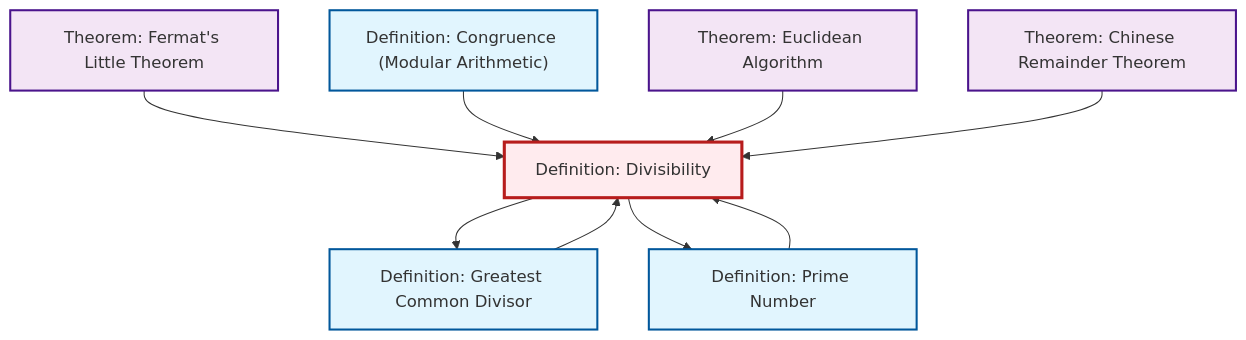
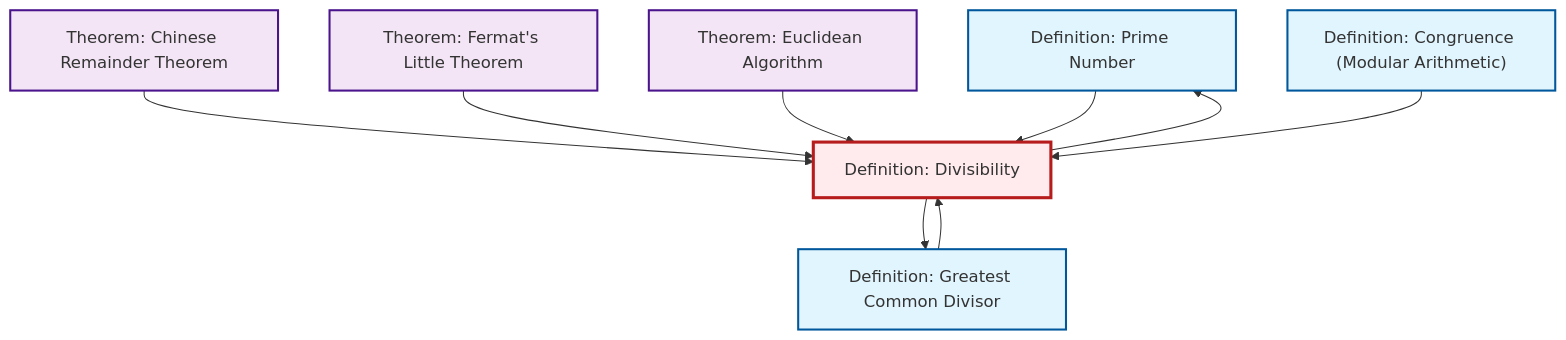
Before and after one commit to RK0429/ModernMath: the diagram in content/en/number-theory/def-divisibility.qmd, drawn with Mermaid. The commit also changed other lines of this file and 554 other files, not shown here.

````diff
--- a/content/en/number-theory/def-divisibility.qmd
+++ b/content/en/number-theory/def-divisibility.qmd
@@ -78,31 +78,31 @@
 ```{mermaid}
 %%| fig-cap: "Local dependency graph"
 graph TD
     classDef definition fill:#e1f5fe,stroke:#01579b,stroke-width:2px
     classDef theorem fill:#f3e5f5,stroke:#4a148c,stroke-width:2px
     classDef axiom fill:#fff3e0,stroke:#e65100,stroke-width:2px
     classDef example fill:#e8f5e9,stroke:#1b5e20,stroke-width:2px
     classDef current fill:#ffebee,stroke:#b71c1c,stroke-width:3px
+    def-prime["Definition: Prime Number"]:::definition
     thm-chinese-remainder["Theorem: Chinese Remainder Theorem"]:::theorem
     def-divisibility["Definition: Divisibility"]:::definition
     thm-fermat-little["Theorem: Fermat's Little Theorem"]:::theorem
     def-congruence["Definition: Congruence (Modular Arithmetic)"]:::definition
+    thm-euclidean-algorithm["Theorem: Euclidean Algorithm"]:::theorem
     def-gcd["Definition: Greatest Common Divisor"]:::definition
-    def-prime["Definition: Prime Number"]:::definition
-    thm-euclidean-algorithm["Theorem: Euclidean Algorithm"]:::theorem
+    thm-chinese-remainder --> def-divisibility
+    def-gcd --> def-divisibility
+    def-divisibility --> def-gcd
     thm-fermat-little --> def-divisibility
     def-prime --> def-divisibility
+    thm-euclidean-algorithm --> def-divisibility
     def-congruence --> def-divisibility
-    def-gcd --> def-divisibility
-    def-divisibility --> def-gcd
     def-divisibility --> def-prime
-    thm-euclidean-algorithm --> def-divisibility
-    thm-chinese-remainder --> def-divisibility
     class def-divisibility current
+    click def-prime "def-prime.html" "Go to Prime Number definition"
     click thm-chinese-remainder "thm-chinese-remainder.html" "Go to Chinese Remainder Theorem theorem"
     click thm-fermat-little "thm-fermat-little.html" "Go to Fermat's Little Theorem theorem"
     click def-congruence "def-congruence.html" "Go to Congruence (Modular Arithmetic) definition"
+    click thm-euclidean-algorithm "thm-euclidean-algorithm.html" "Go to Euclidean Algorithm theorem"
     click def-gcd "def-gcd.html" "Go to Greatest Common Divisor definition"
-    click def-prime "def-prime.html" "Go to Prime Number definition"
-    click thm-euclidean-algorithm "thm-euclidean-algorithm.html" "Go to Euclidean Algorithm theorem"
 ```
````
